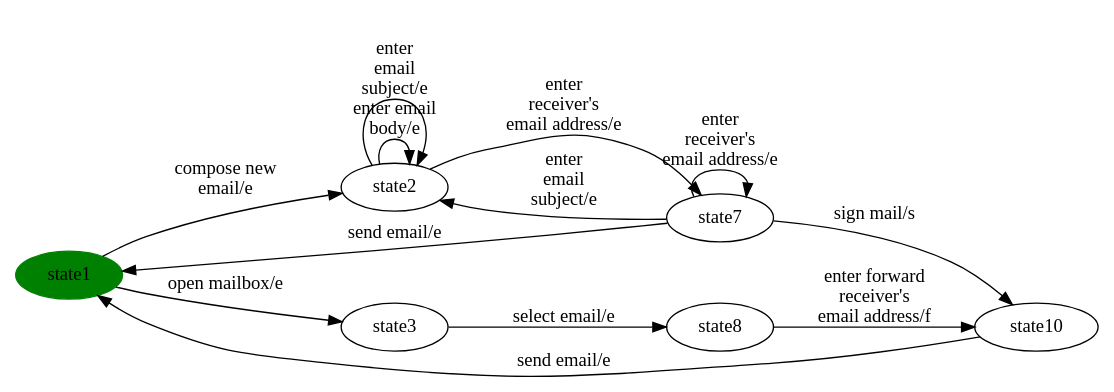
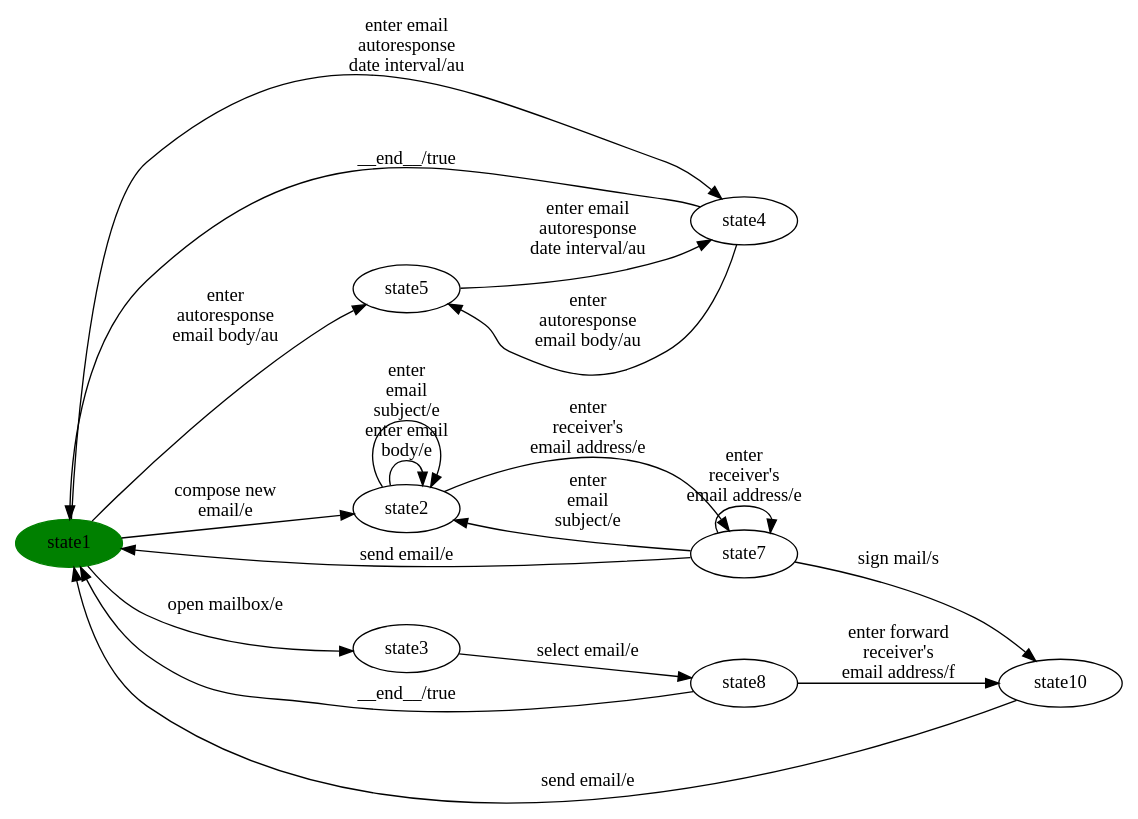
Before and after one commit to dilekozturk93/vibes: the diagram in milestone-reports/scc-walkthrough/eMail/eMail-step3-repaired.dot, drawn with Graphviz. The commit also changed 243 other files, not shown here.

```diff
--- a/milestone-reports/scc-walkthrough/eMail/eMail-step3-repaired.dot
+++ b/milestone-reports/scc-walkthrough/eMail/eMail-step3-repaired.dot
@@ -1,33 +1,49 @@
 digraph G {
 rankdir=LR;
 state0[ label = "state1", style=filled, color=green ];
-state1 [ label = "state8" ];
-state1 -> state2 [ label=" enter forward 
+state1 [ label = "state5" ];
+state1 -> state2 [ label=" enter email 
+autoresponse 
+date interval/au " ];
+state3 [ label = "state8" ];
+state3 -> state4 [ label=" enter forward 
 receiver's 
 email address/f " ];
-state3 [ label = "state7" ];
-state3 -> state0 [ label=" send email/e " ];
-state3 -> state2 [ label=" sign mail/s " ];
-state3 -> state4 [ label=" enter
+state3 -> state0 [ label=" __end__/true " ];
+state4 [ label = "state10" ];
+state4 -> state0 [ label=" send email/e " ];
+state5 [ label = "state7" ];
+state5 -> state6 [ label=" enter
  email 
 subject/e " ];
-state3 -> state3 [ label=" enter 
+state5 -> state0 [ label=" send email/e " ];
+state5 -> state5 [ label=" enter 
 receiver's 
 email address/e " ];
-state2 [ label = "state10" ];
-state2 -> state0 [ label=" send email/e " ];
-state4 [ label = "state2" ];
-state4 -> state3 [ label=" enter 
+state5 -> state4 [ label=" sign mail/s " ];
+state6 [ label = "state2" ];
+state6 -> state5 [ label=" enter 
 receiver's 
 email address/e " ];
-state4 -> state4 [ label=" enter email 
+state6 -> state6 [ label=" enter email 
 body/e " ];
-state4 -> state4 [ label=" enter
+state6 -> state6 [ label=" enter
  email 
 subject/e " ];
-state0 -> state5 [ label=" open mailbox/e " ];
-state0 -> state4 [ label=" compose new 
+state0 -> state6 [ label=" compose new 
 email/e " ];
-state5 [ label = "state3" ];
-state5 -> state1 [ label=" select email/e " ];
+state0 -> state7 [ label=" open mailbox/e " ];
+state0 -> state2 [ label=" enter email 
+autoresponse 
+date interval/au " ];
+state0 -> state1 [ label=" enter 
+autoresponse 
+email body/au " ];
+state2 [ label = "state4" ];
+state2 -> state1 [ label=" enter 
+autoresponse 
+email body/au " ];
+state2 -> state0 [ label=" __end__/true " ];
+state7 [ label = "state3" ];
+state7 -> state3 [ label=" select email/e " ];
 }
```
